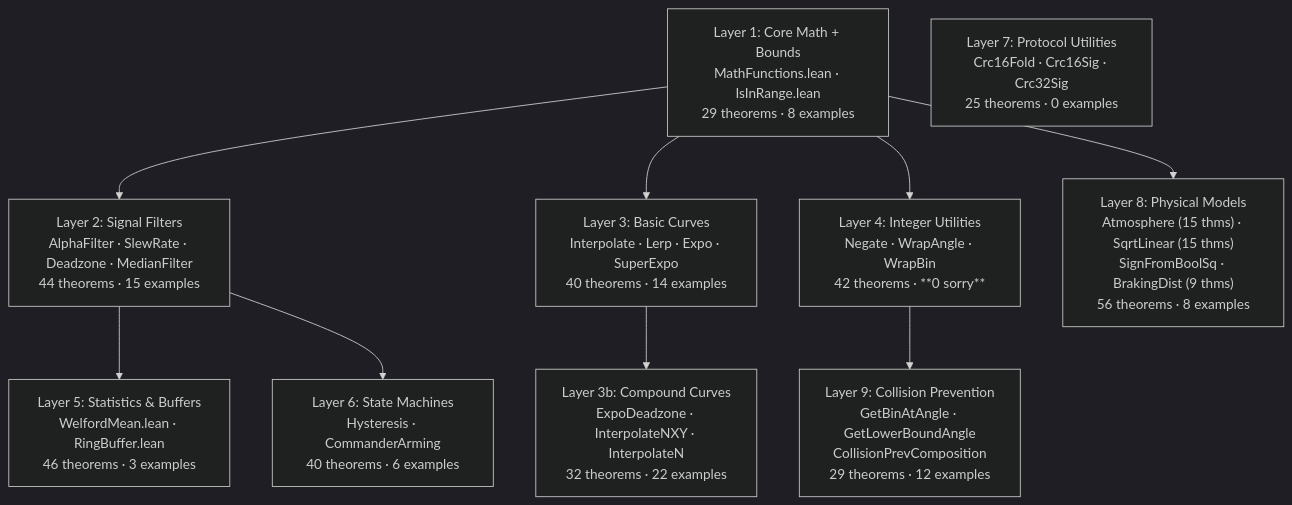
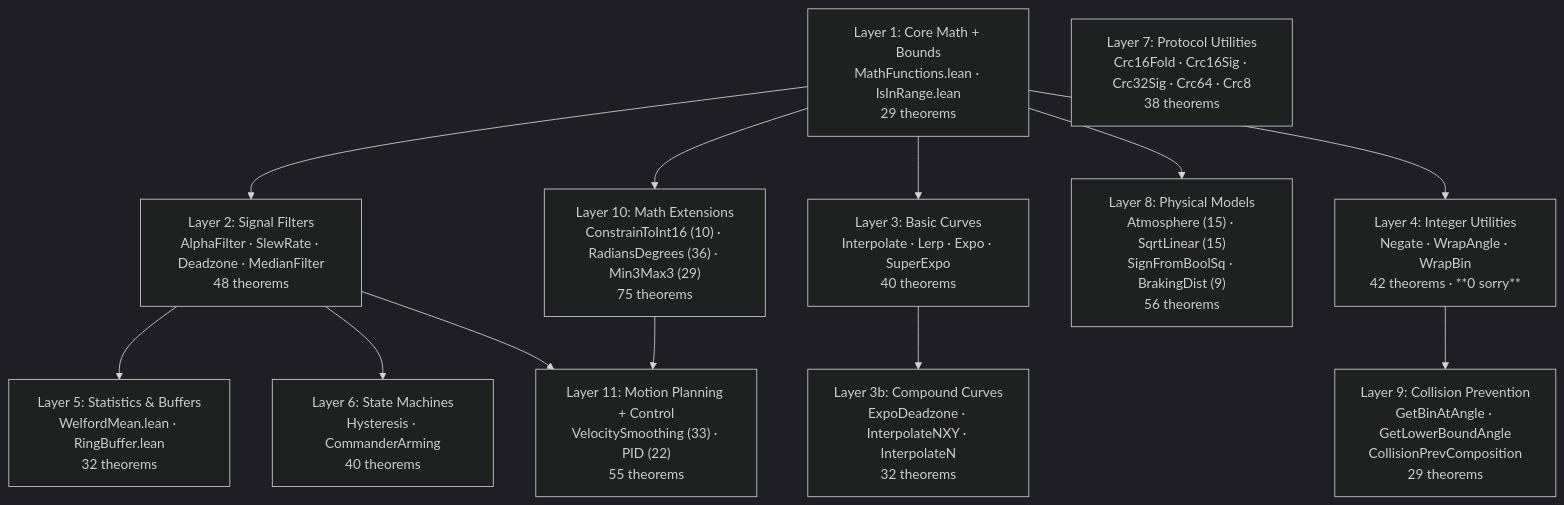
Before and after one commit to fsprojects/PX4-Autopilot: the first of 17 diagrams in formal-verification/REPORT.md, drawn with Mermaid (dark theme). The commit also changed other lines of this file and 3 other files, not shown here.

First line of the commit message:
feat(fv): run100 — REPORT.md refresh (519 thms) + PID Route B correspondence tests (7964/7964)

````diff
--- a/formal-verification/REPORT.md
+++ b/formal-verification/REPORT.md
@@ -40,21 +41,26 @@
 ```mermaid
 graph TD
-    L1["Layer 1: Core Math + Bounds<br/>MathFunctions.lean · IsInRange.lean<br/>29 theorems · 8 examples"]
-    L2a["Layer 2: Signal Filters<br/>AlphaFilter · SlewRate · Deadzone · MedianFilter<br/>44 theorems · 15 examples"]
-    L2b["Layer 3: Basic Curves<br/>Interpolate · Lerp · Expo · SuperExpo<br/>40 theorems · 14 examples"]
-    L2c["Layer 3b: Compound Curves<br/>ExpoDeadzone · InterpolateNXY · InterpolateN<br/>32 theorems · 22 examples"]
+    L1["Layer 1: Core Math + Bounds<br/>MathFunctions.lean · IsInRange.lean<br/>29 theorems"]
+    L2a["Layer 2: Signal Filters<br/>AlphaFilter · SlewRate · Deadzone · MedianFilter<br/>48 theorems"]
+    L2b["Layer 3: Basic Curves<br/>Interpolate · Lerp · Expo · SuperExpo<br/>40 theorems"]
+    L2c["Layer 3b: Compound Curves<br/>ExpoDeadzone · InterpolateNXY · InterpolateN<br/>32 theorems"]
     L4["Layer 4: Integer Utilities<br/>Negate · WrapAngle · WrapBin<br/>42 theorems · **0 sorry**"]
-    L5["Layer 5: Statistics & Buffers<br/>WelfordMean.lean · RingBuffer.lean<br/>46 theorems · 3 examples"]
-    L6["Layer 6: State Machines<br/>Hysteresis · CommanderArming<br/>40 theorems · 6 examples"]
-    L7["Layer 7: Protocol Utilities<br/>Crc16Fold · Crc16Sig · Crc32Sig<br/>25 theorems · 0 examples"]
-    L8["Layer 8: Physical Models<br/>Atmosphere (15 thms) · SqrtLinear (15 thms)<br/>SignFromBoolSq · BrakingDist (9 thms)<br/>56 theorems · 8 examples"]
-    L9["Layer 9: Collision Prevention<br/>GetBinAtAngle · GetLowerBoundAngle<br/>CollisionPrevComposition<br/>29 theorems · 12 examples"]
+    L5["Layer 5: Statistics & Buffers<br/>WelfordMean.lean · RingBuffer.lean<br/>32 theorems"]
+    L6["Layer 6: State Machines<br/>Hysteresis · CommanderArming<br/>40 theorems"]
+    L7["Layer 7: Protocol Utilities<br/>Crc16Fold · Crc16Sig · Crc32Sig · Crc64 · Crc8<br/>38 theorems"]
+    L8["Layer 8: Physical Models<br/>Atmosphere (15) · SqrtLinear (15)<br/>SignFromBoolSq · BrakingDist (9)<br/>56 theorems"]
+    L9["Layer 9: Collision Prevention<br/>GetBinAtAngle · GetLowerBoundAngle<br/>CollisionPrevComposition<br/>29 theorems"]
+    L10["Layer 10: Math Extensions<br/>ConstrainToInt16 (10) · RadiansDegrees (36) · Min3Max3 (29)<br/>75 theorems"]
+    L11["Layer 11: Motion Planning + Control<br/>VelocitySmoothing (33) · PID (22)<br/>55 theorems"]
     L1 --> L2a
     L1 --> L2b
     L2b --> L2c
     L1 --> L4
     L2a --> L5
     L2a --> L6
     L1 --> L8
     L4 --> L9
+    L1 --> L10
+    L2a --> L11
+    L10 --> L11
 ```
````
